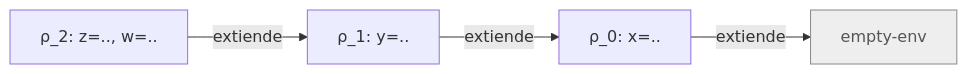
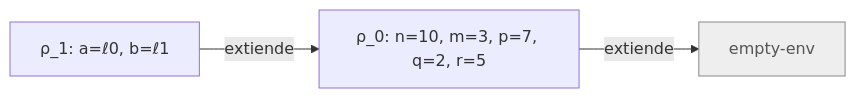
Before and after one commit to EjerciciosClasesCardel/flp-2026-2-taller-03-cauca-refs: the fourth of 5 diagrams in docs/informe-ast.md, drawn with Mermaid. The commit also changed other lines of this file, not shown here.

Commit message:
Agregamos informe-ast.md con los diagramas AST, trazas de evaluacion y manejo de referencias

````diff
--- a/docs/informe-ast.md
+++ b/docs/informe-ast.md
@@ -136,8 +416,7 @@
 ```mermaid
 graph LR
-  E2[ρ_2: z=.., w=..] -->|extiende| E1[ρ_1: y=..]
-  E1 -->|extiende| E0[ρ_0: x=..]
-  E0 -->|extiende| V[empty-env]
+  E1["ρ_1: a=ℓ0, b=ℓ1"] -->|extiende| E0["ρ_0: n=10, m=3, p=7, q=2, r=5"]
+  E0 -->|extiende| V["empty-env"]
   classDef empty fill:#eee,stroke:#888,color:#555;
   class V empty;
 ```
````
